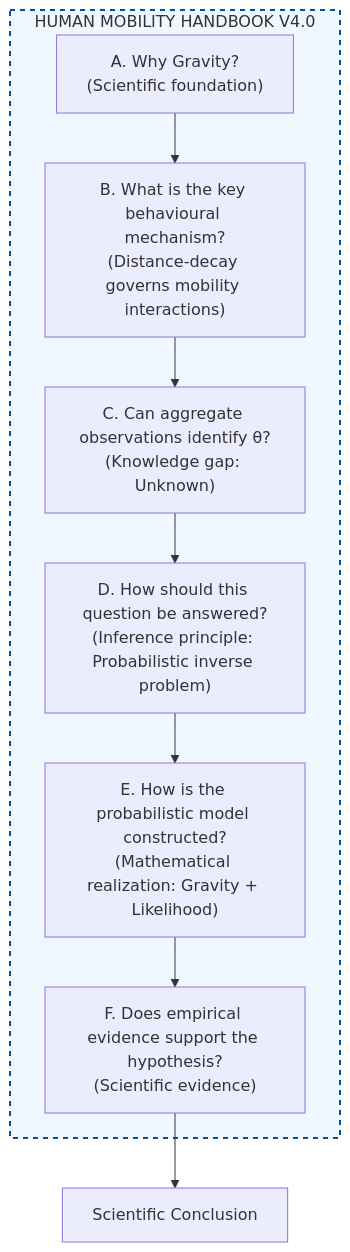
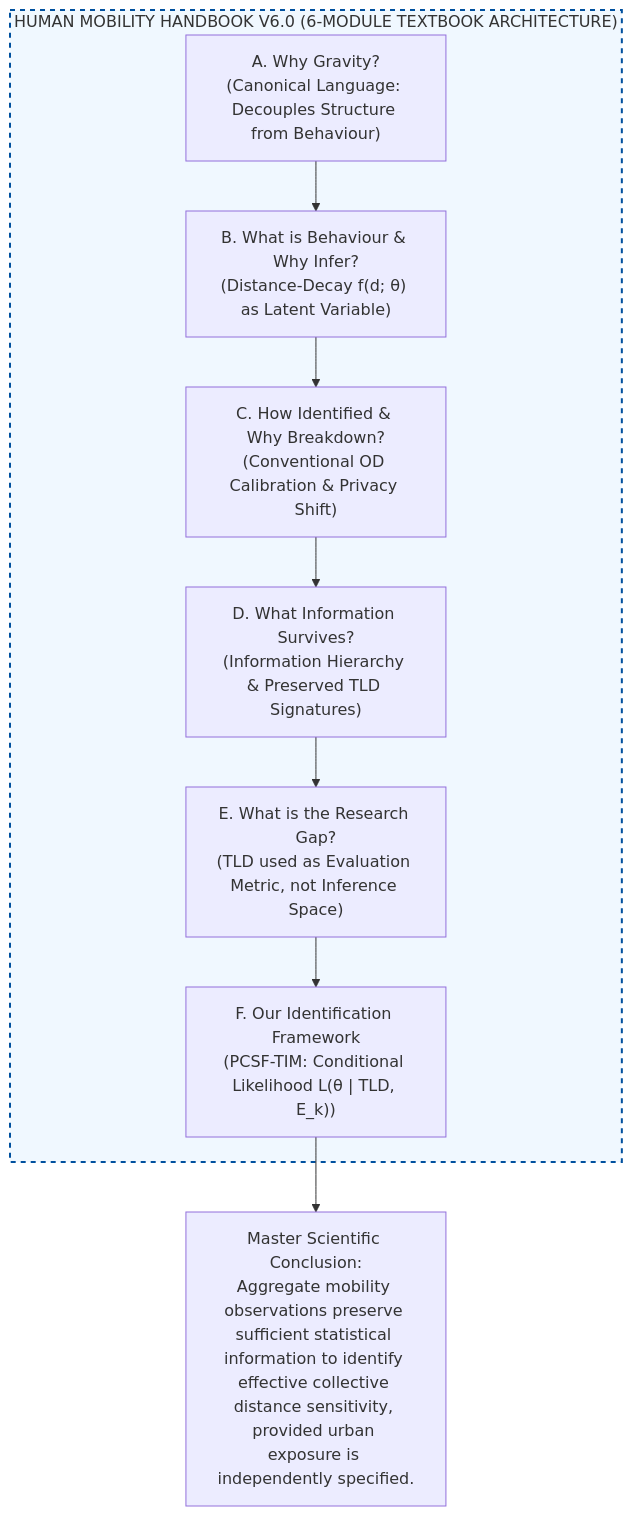
One commit to thinhnq-ibl/PCSF-TIM changed the first of 2 diagrams in Handbook.md. Above: the diagram before and after it, drawn with Mermaid. The commit also changed other lines of this file, not shown here.

Commit message:
update handbook

````diff
--- a/Handbook.md
+++ b/Handbook.md
@@ -36,20 +50,14 @@
 ```mermaid
 flowchart TD
-    subgraph Handbook ["HUMAN MOBILITY HANDBOOK V4.0"]
-        A["A. Why Gravity?
-(Scientific foundation)"] --> B["B. What is the key behavioural mechanism?
-(Distance-decay governs mobility interactions)"]
-        B --> C["C. Can aggregate observations identify θ?
-(Knowledge gap: Unknown)"]
-        C --> D["D. How should this question be answered?
-(Inference principle: Probabilistic inverse problem)"]
-        D --> E["E. How is the probabilistic model constructed?
-(Mathematical realization: Gravity + Likelihood)"]
-        E --> F["F. Does empirical evidence support the hypothesis?
-(Scientific evidence)"]
+    subgraph Handbook ["HUMAN MOBILITY HANDBOOK V6.0 (6-MODULE TEXTBOOK ARCHITECTURE)"]
+        A["A. Why Gravity?<br>(Canonical Language: Decouples Structure from Behaviour)"] --> B["B. What is Behaviour & Why Infer?<br>(Distance-Decay f(d; θ) as Latent Variable)"]
+        B --> C["C. How Identified & Why Breakdown?<br>(Conventional OD Calibration & Privacy Shift)"]
+        C --> D["D. What Information Survives?<br>(Information Hierarchy & Preserved TLD Signatures)"]
+        D --> E["E. What is the Research Gap?<br>(TLD used as Evaluation Metric, not Inference Space)"]
+        E --> F["F. Our Identification Framework<br>(PCSF-TIM: Conditional Likelihood L(θ | TLD, E_k))"]
     end
 
-    F --> S["Scientific Conclusion"]
+    F --> S["Master Scientific Conclusion:<br>Aggregate mobility observations preserve sufficient statistical information to identify effective collective distance sensitivity, provided urban exposure is independently specified."]
 
     style Handbook fill:#f0f8ff,stroke:#00509e,stroke-width:2px,stroke-dasharray: 5 5
 ```
````
